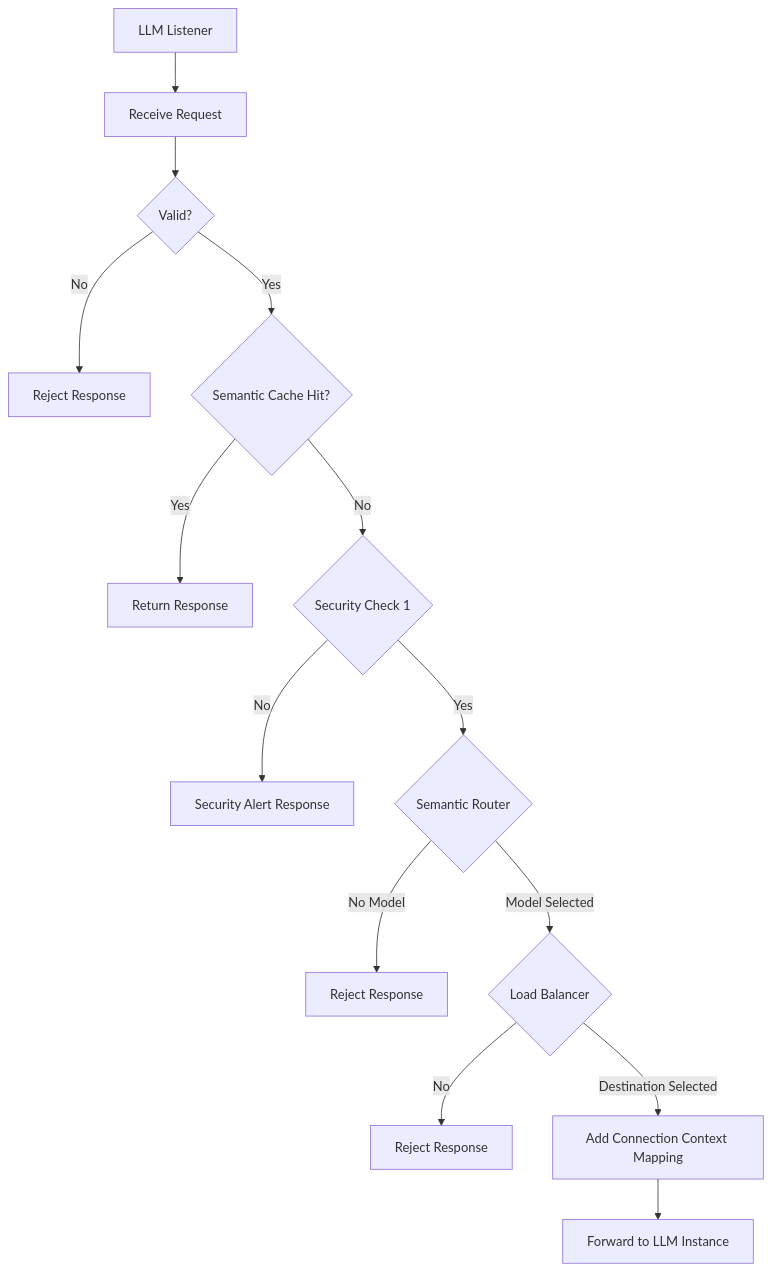
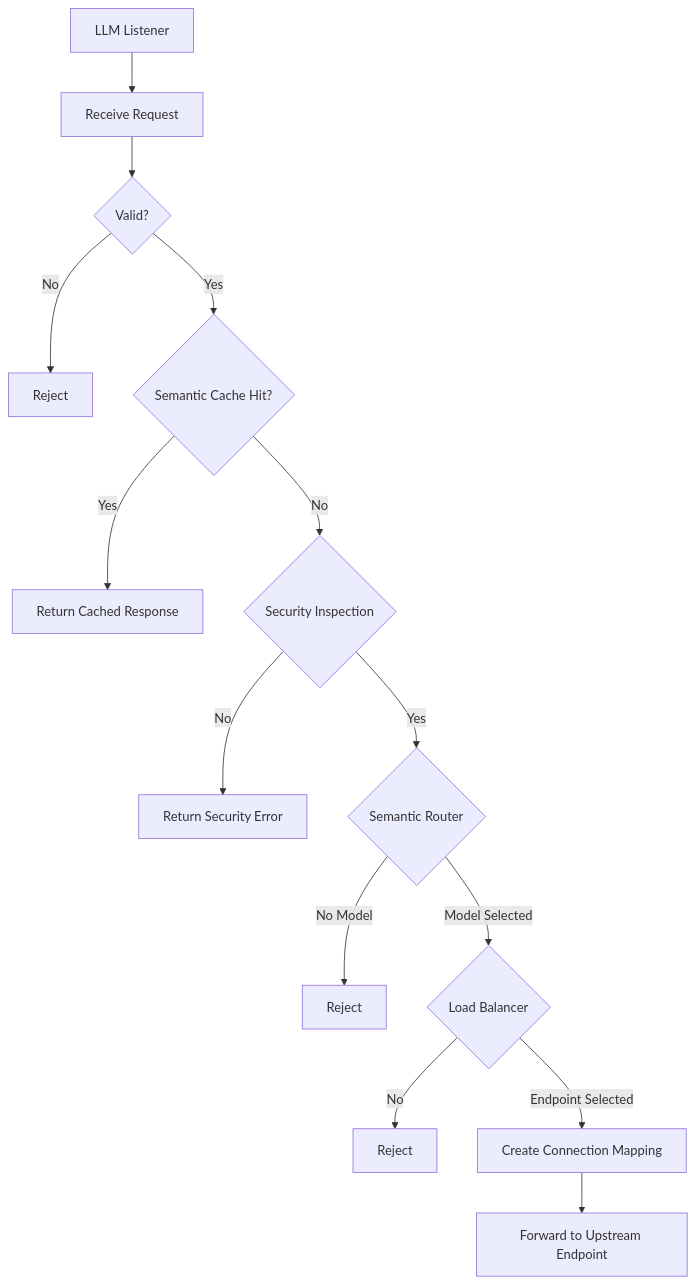
Before and after one commit to puyanguvic/semenatic_routing_and_load_balance: the first of 4 diagrams in ase_llm_load_balancer.md, drawn with Mermaid. The commit also changed other lines of this file, not shown here.

````diff
--- a/ase_llm_load_balancer.md
+++ b/ase_llm_load_balancer.md
@@ -54,22 +41,22 @@
 ```mermaid
 flowchart TD
     A[LLM Listener] --> B[Receive Request]
     B --> C{Valid?}
 
-    C -- No --> R1[Reject Response]
+    C -- No --> R1[Reject]
 
     C -- Yes --> SC{Semantic Cache Hit?}
-    SC -- Yes --> F[Return Response]
+    SC -- Yes --> F[Return Cached Response]
 
-    SC -- No --> SEC{Security Check 1}
-    SEC -- No --> G[Security Alert Response]
+    SC -- No --> SEC{Security Inspection}
+    SEC -- No --> G[Return Security Error]
 
     SEC -- Yes --> SR{Semantic Router}
-    SR -- No Model --> R2[Reject Response]
+    SR -- No Model --> R2[Reject]
 
     SR -- Model Selected --> LB{Load Balancer}
-    LB -- No --> R3[Reject Response]
+    LB -- No --> R3[Reject]
 
-    LB -- Destination Selected --> MAP[Add Connection Context Mapping]
-    MAP --> FORWARD[Forward to LLM Instance]
+    LB -- Endpoint Selected --> MAP[Create Connection Mapping]
+    MAP --> FORWARD[Forward to Upstream Endpoint]
 ```
````
